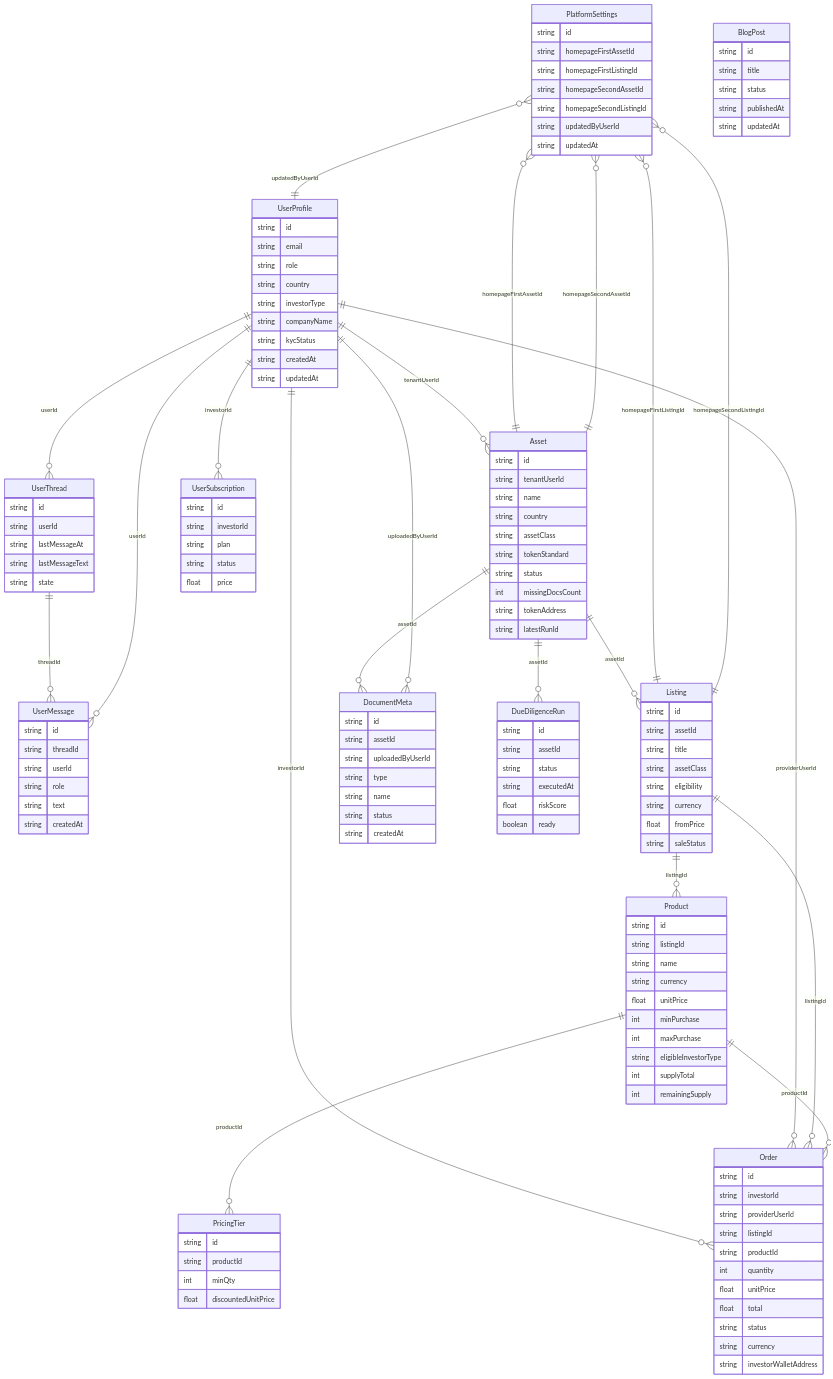
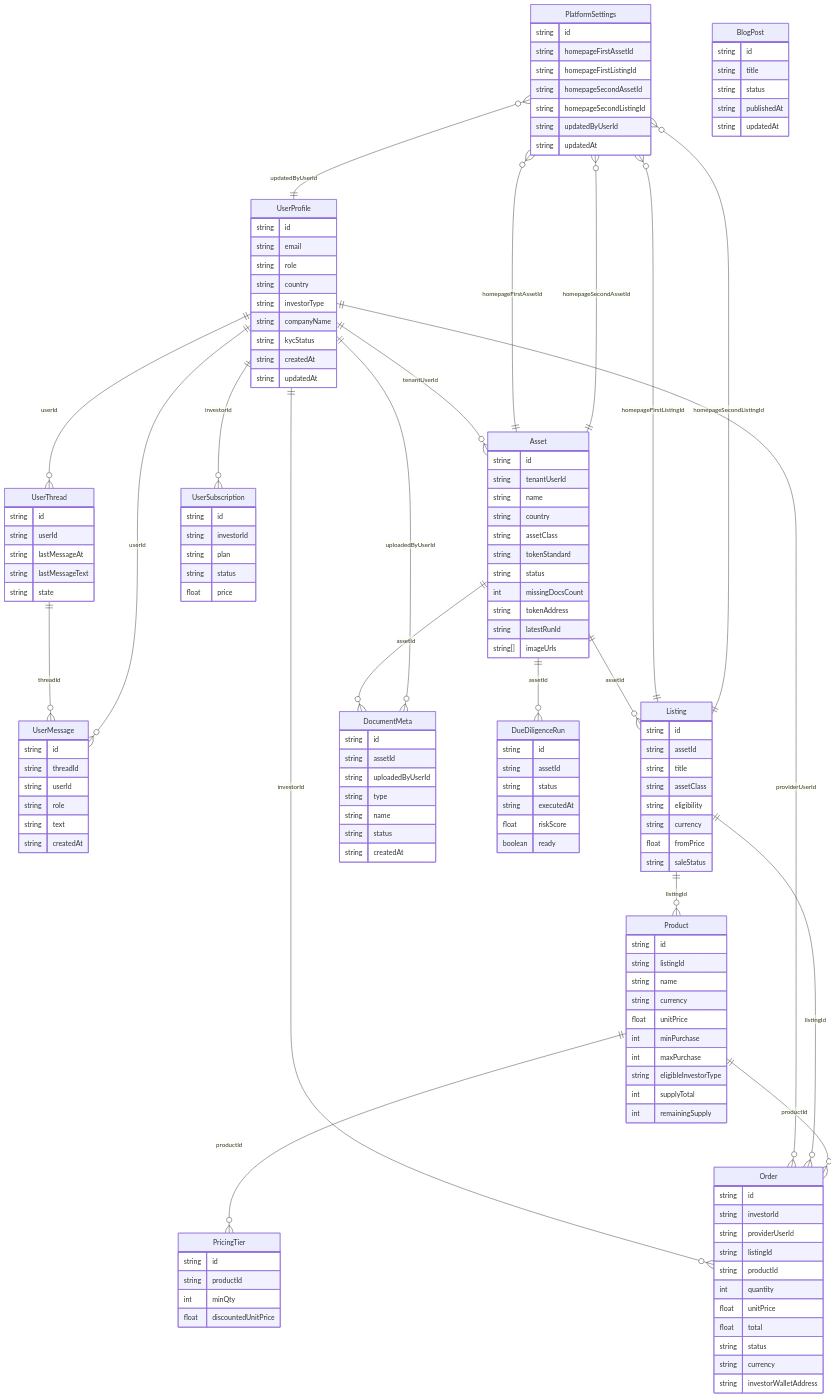
One commit to j4nos/cz changed the diagram in specs/2 - er.md. Above: the diagram before and after it, drawn with Mermaid. The commit also changed 82 other files, not shown here.

Commit message:
feat: build minimal UI with browser-backed investment flow

```diff
--- a/specs/2 - er.md
+++ b/specs/2 - er.md
@@ -40,6 +40,7 @@
     int missingDocsCount
     string tokenAddress
     string latestRunId
+    string[] imageUrls
   }
 
   Listing {
```
